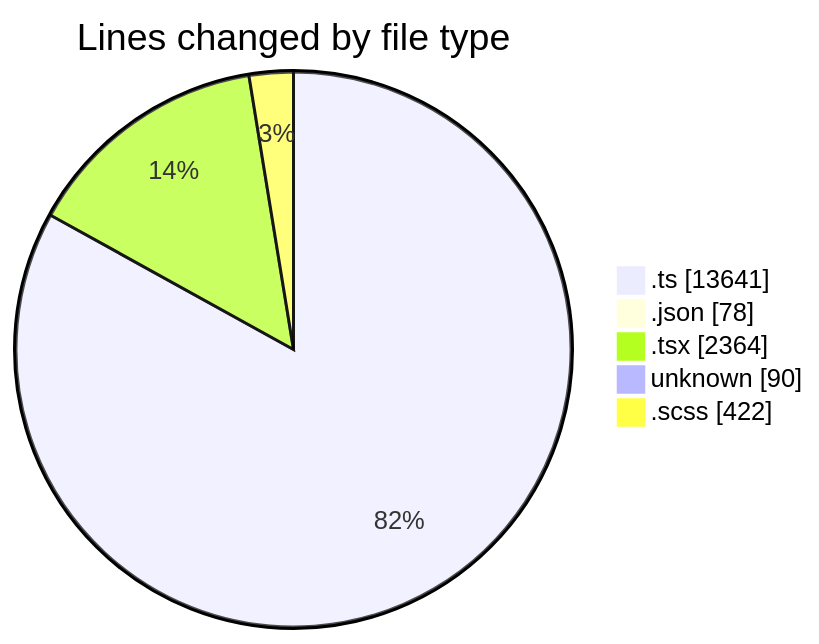
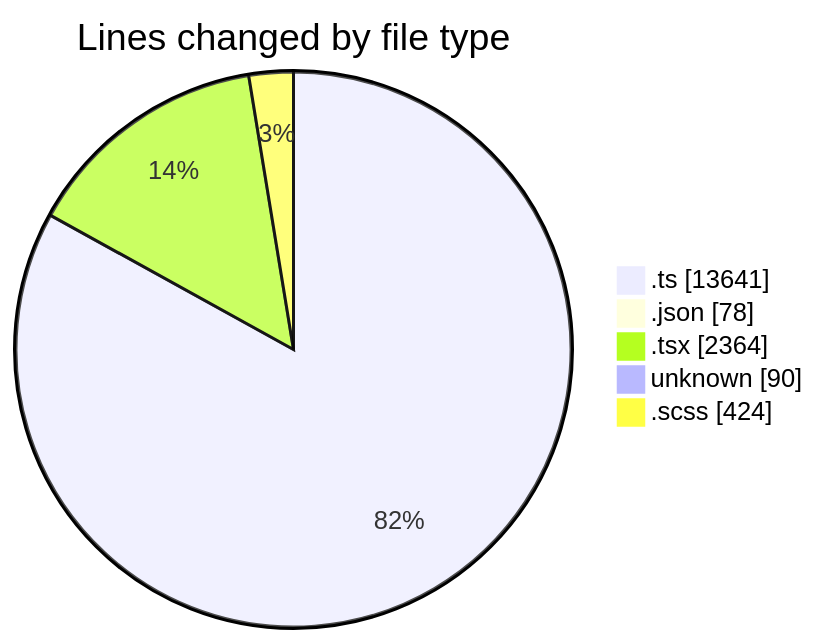
The first of 2 diagrams in 2025-08-29/cda/README.md (momahboobian/code-tracking), drawn with Mermaid before and after one commit. The commit also changed other lines of this file and 1 other file, not shown here.

````diff
--- a/2025-08-29/cda/README.md
+++ b/2025-08-29/cda/README.md
@@ -34,9 +34,9 @@
 ```mermaid
 pie showData
 title Lines changed by file type
 ".ts" : 13641
 ".json" : 78
 ".tsx" : 2364
 "unknown" : 90
-".scss" : 422
+".scss" : 424
 ```
````
